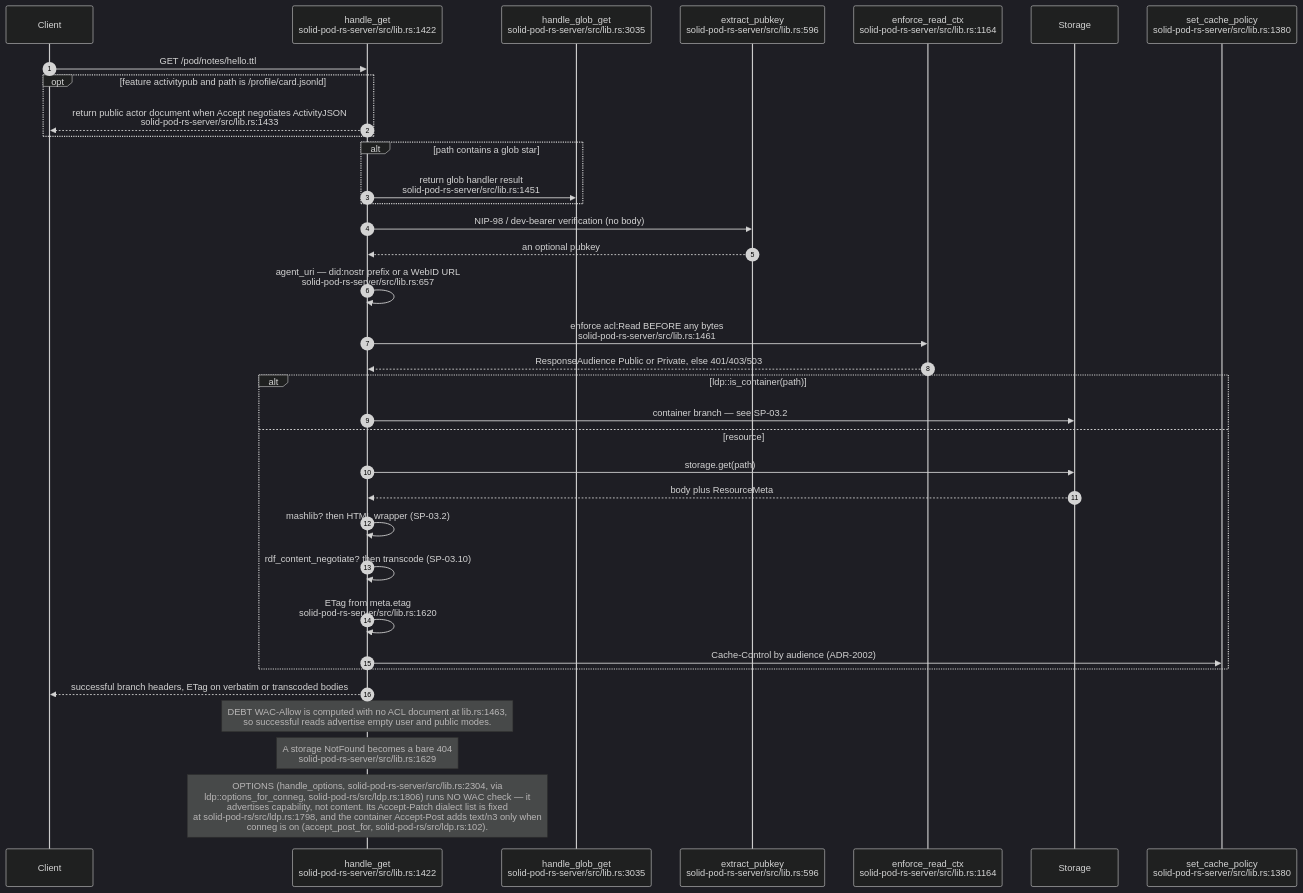
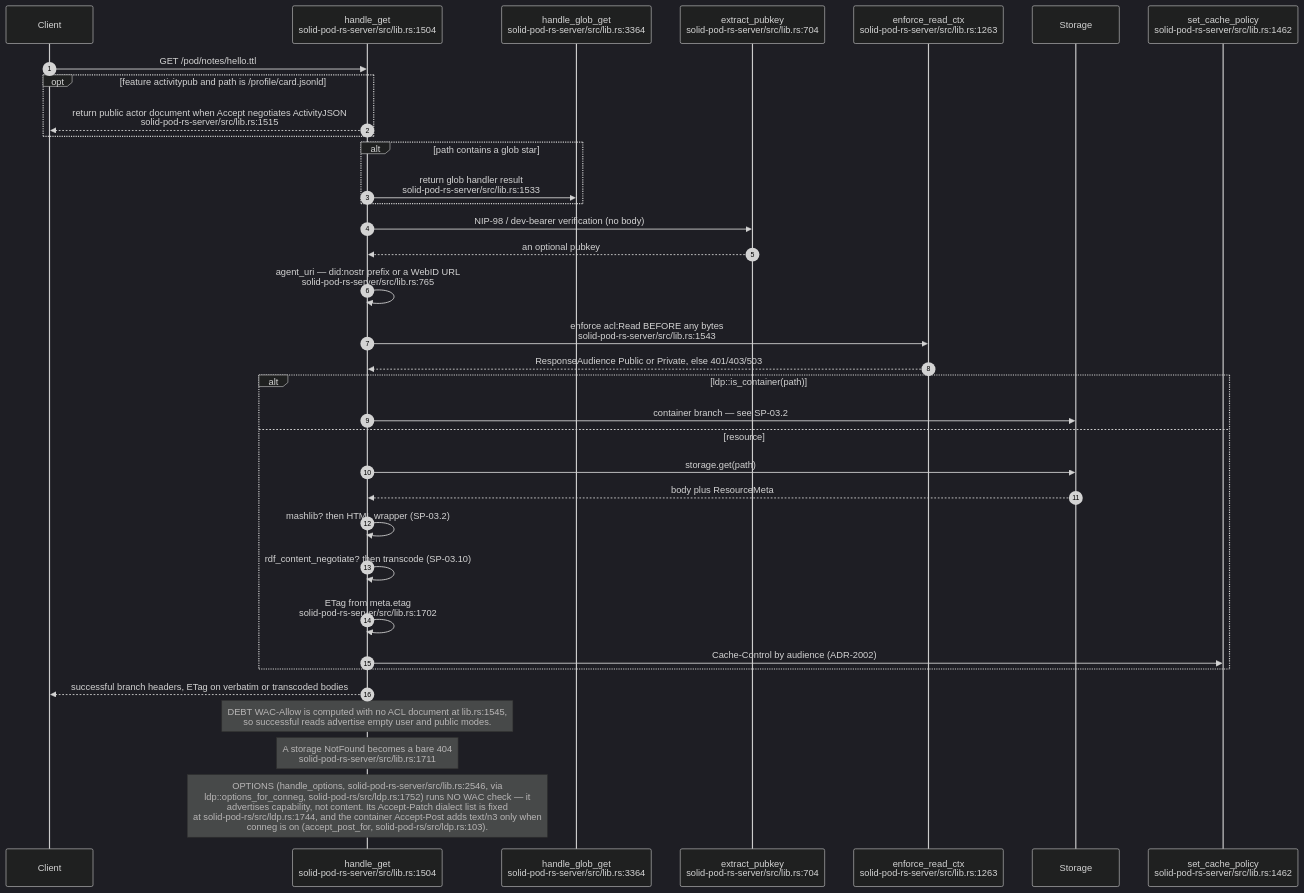
Before and after one commit to DreamLab-AI/VisionFlow: the first of 11 diagrams in docs/diagrams/solid-pod-rs/03-ldp-request-lifecycle.md, drawn with Mermaid (dark theme). The commit also changed other lines of this file and 59 other files, not shown here.

First line of the commit message:
docs(diagrams): re-derive and re-stamp forum, website, pod, ontomark and sealmap topics

````diff
--- a/docs/diagrams/solid-pod-rs/03-ldp-request-lifecycle.md
+++ b/docs/diagrams/solid-pod-rs/03-ldp-request-lifecycle.md
@@ -18,38 +19,38 @@
 ```mermaid
 sequenceDiagram
     autonumber
     participant C as Client
-    participant G as handle_get<br/>solid-pod-rs-server/src/lib.rs:1422
-    participant GL as handle_glob_get<br/>solid-pod-rs-server/src/lib.rs:3035
-    participant AU as extract_pubkey<br/>solid-pod-rs-server/src/lib.rs:596
-    participant W as enforce_read_ctx<br/>solid-pod-rs-server/src/lib.rs:1164
+    participant G as handle_get<br/>solid-pod-rs-server/src/lib.rs:1504
+    participant GL as handle_glob_get<br/>solid-pod-rs-server/src/lib.rs:3364
+    participant AU as extract_pubkey<br/>solid-pod-rs-server/src/lib.rs:704
+    participant W as enforce_read_ctx<br/>solid-pod-rs-server/src/lib.rs:1263
     participant S as Storage
-    participant CP as set_cache_policy<br/>solid-pod-rs-server/src/lib.rs:1380
+    participant CP as set_cache_policy<br/>solid-pod-rs-server/src/lib.rs:1462
 
     C->>G: GET /pod/notes/hello.ttl
     opt feature activitypub and path is /profile/card.jsonld
-        G-->>C: return public actor document when Accept negotiates ActivityJSON<br/>solid-pod-rs-server/src/lib.rs:1433
+        G-->>C: return public actor document when Accept negotiates ActivityJSON<br/>solid-pod-rs-server/src/lib.rs:1515
     end
     alt path contains a glob star
-        G->>GL: return glob handler result<br/>solid-pod-rs-server/src/lib.rs:1451
+        G->>GL: return glob handler result<br/>solid-pod-rs-server/src/lib.rs:1533
     end
     G->>AU: NIP-98 / dev-bearer verification (no body)
     AU-->>G: an optional pubkey
-    G->>G: agent_uri — did:nostr prefix or a WebID URL<br/>solid-pod-rs-server/src/lib.rs:657
-    G->>W: enforce acl:Read BEFORE any bytes<br/>solid-pod-rs-server/src/lib.rs:1461
+    G->>G: agent_uri — did:nostr prefix or a WebID URL<br/>solid-pod-rs-server/src/lib.rs:765
+    G->>W: enforce acl:Read BEFORE any bytes<br/>solid-pod-rs-server/src/lib.rs:1543
     W-->>G: ResponseAudience Public or Private, else 401/403/503
     alt ldp::is_container(path)
         G->>S: container branch — see SP-03.2
     else resource
         G->>S: storage.get(path)
         S-->>G: body plus ResourceMeta
         G->>G: mashlib? then HTML wrapper (SP-03.2)
         G->>G: rdf_content_negotiate? then transcode (SP-03.10)
-        G->>G: ETag from meta.etag<br/>solid-pod-rs-server/src/lib.rs:1620
+        G->>G: ETag from meta.etag<br/>solid-pod-rs-server/src/lib.rs:1702
         G->>CP: Cache-Control by audience (ADR-2002)
     end
     G-->>C: successful branch headers, ETag on verbatim or transcoded bodies
-    Note over G: DEBT WAC-Allow is computed with no ACL document at lib.rs:1463,<br/>so successful reads advertise empty user and public modes.
-    Note over G: A storage NotFound becomes a bare 404<br/>solid-pod-rs-server/src/lib.rs:1629
-    Note over G: OPTIONS (handle_options, solid-pod-rs-server/src/lib.rs:2304, via<br/>ldp::options_for_conneg, solid-pod-rs/src/ldp.rs:1806) runs NO WAC check — it<br/>advertises capability, not content. Its Accept-Patch dialect list is fixed<br/>at solid-pod-rs/src/ldp.rs:1798, and the container Accept-Post adds text/n3 only when<br/>conneg is on (accept_post_for, solid-pod-rs/src/ldp.rs:102).
+    Note over G: DEBT WAC-Allow is computed with no ACL document at lib.rs:1545,<br/>so successful reads advertise empty user and public modes.
+    Note over G: A storage NotFound becomes a bare 404<br/>solid-pod-rs-server/src/lib.rs:1711
+    Note over G: OPTIONS (handle_options, solid-pod-rs-server/src/lib.rs:2546, via<br/>ldp::options_for_conneg, solid-pod-rs/src/ldp.rs:1752) runs NO WAC check — it<br/>advertises capability, not content. Its Accept-Patch dialect list is fixed<br/>at solid-pod-rs/src/ldp.rs:1744, and the container Accept-Post adds text/n3 only when<br/>conneg is on (accept_post_for, solid-pod-rs/src/ldp.rs:103).
 ```
````
